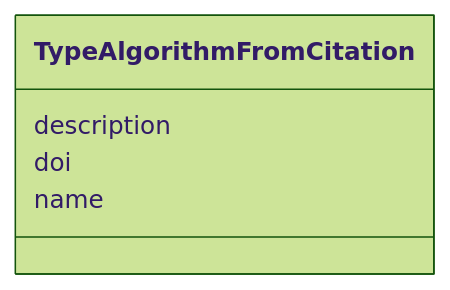
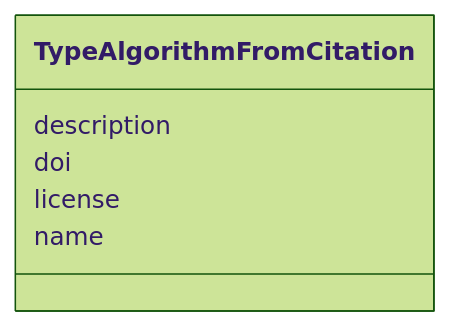
Before and after one commit to bilayer-containers/bilayers: the diagram in docs/developer/TypeAlgorithmFromCitation.md, drawn with Mermaid (forest theme). The commit also changed other lines of this file and 49 other files, not shown here.

````diff
--- a/docs/developer/TypeAlgorithmFromCitation.md
+++ b/docs/developer/TypeAlgorithmFromCitation.md
@@ -19,12 +19,14 @@
 ```mermaid
  classDiagram
     class TypeAlgorithmFromCitation
     click TypeAlgorithmFromCitation href "../TypeAlgorithmFromCitation"
       TypeAlgorithmFromCitation : description
         
       TypeAlgorithmFromCitation : doi
         
+      TypeAlgorithmFromCitation : license
+        
       TypeAlgorithmFromCitation : name
         
       
 ```
````
